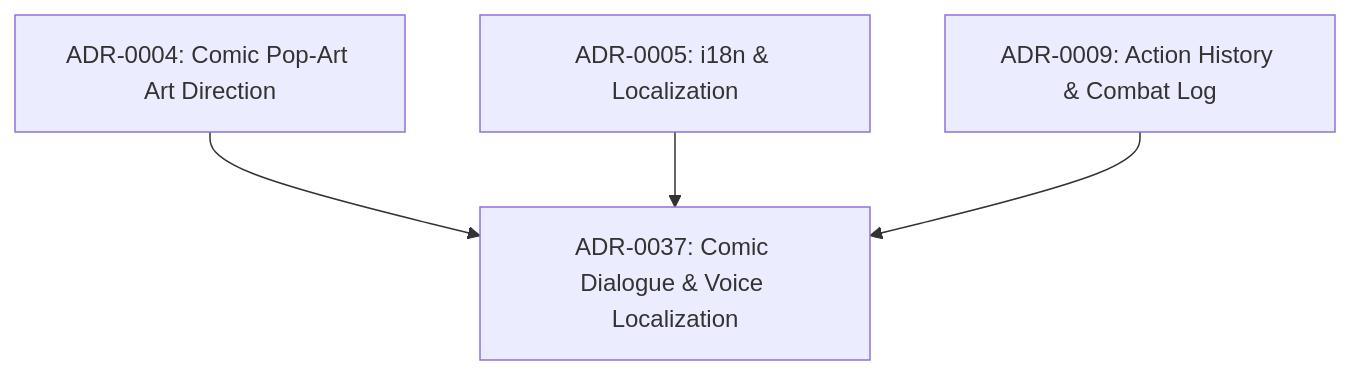
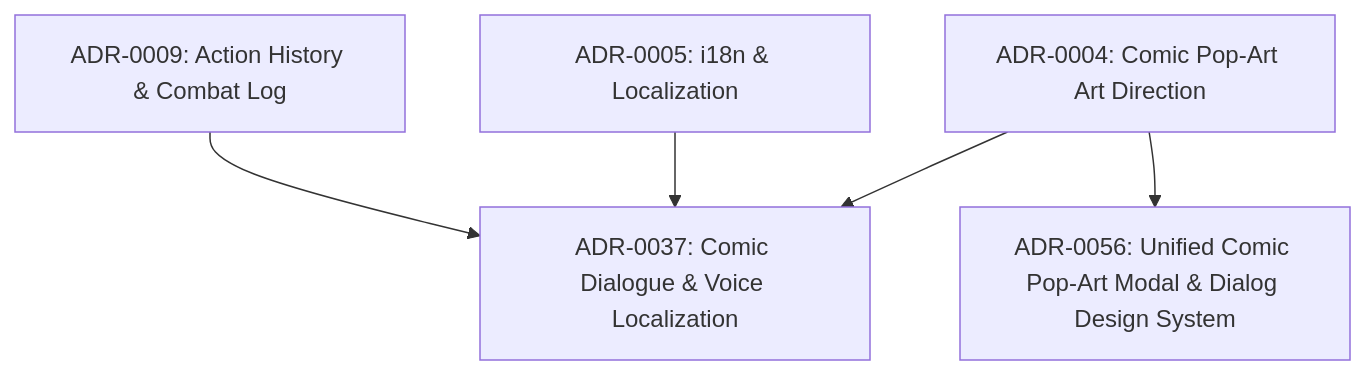
Before and after one commit to SteveRodrigue/MCD: the fifth of 6 diagrams in docs/decisions/README.md, drawn with Mermaid. The commit also changed other lines of this file and 31 other files, not shown here.

````diff
--- a/docs/decisions/README.md
+++ b/docs/decisions/README.md
@@ -88,6 +89,7 @@
 ```mermaid
 graph TD
     ADR04["ADR-0004: Comic Pop-Art Art Direction"] --> ADR37["ADR-0037: Comic Dialogue & Voice Localization"]
+    ADR04 --> ADR56["ADR-0056: Unified Comic Pop-Art Modal & Dialog Design System"]
     ADR05["ADR-0005: i18n & Localization"] --> ADR37
     ADR09["ADR-0009: Action History & Combat Log"] --> ADR37
 ```
````
